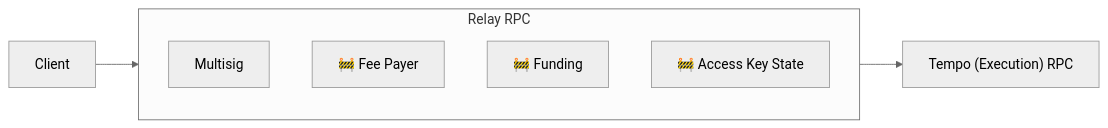
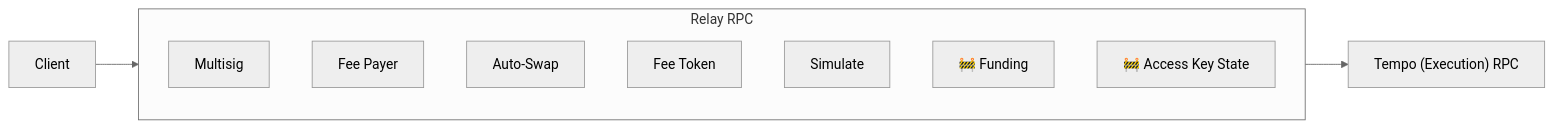
Before and after one commit to wevm/viem: the diagram in site/pages/tempo/relay/index.mdx, drawn with Mermaid (neutral theme). The commit also changed other lines of this file and 27 other files, not shown here.

````diff
--- a/site/pages/tempo/relay/index.mdx
+++ b/site/pages/tempo/relay/index.mdx
@@ -15,12 +15,15 @@
 ```mermaid
 flowchart LR
   client[Client] --> relay
   subgraph relay[Relay RPC]
     direction TB
     multisig[Multisig]
-    feePayer["🚧 Fee Payer"]
+    feePayer[Fee Payer]
+    autoSwap[Auto-Swap]
+    feeToken[Fee Token]
+    simulate[Simulate]
     funding["🚧 Funding"]
     accessKeyState["🚧 Access Key State"]
   end
   relay --> rpc["Tempo (Execution) RPC"]
 ```
````
